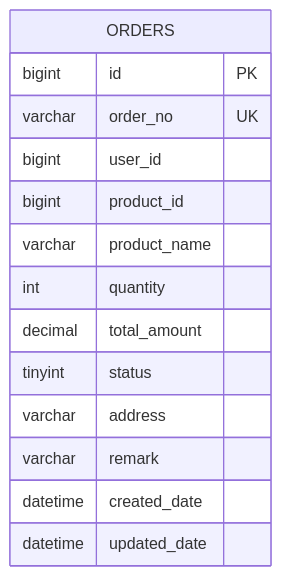
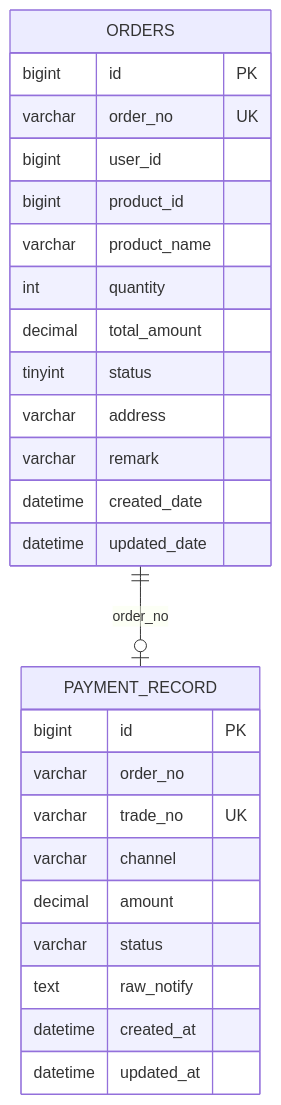
One commit to haohailiang/qoder-fullstack changed the seventh of 8 diagrams in .qoder/repowiki/zh/content/后端架构设计/订单服务.md. Above: the diagram before and after it, drawn with Mermaid. The commit also changed other lines of this file and 33 other files, not shown here.

````diff
--- a/.qoder/repowiki/zh/content/后端架构设计/订单服务.md
+++ b/.qoder/repowiki/zh/content/后端架构设计/订单服务.md
@@ -288,17 +364,29 @@
 ```mermaid
 erDiagram
 ORDERS {
 bigint id PK
 varchar order_no UK
 bigint user_id
 bigint product_id
 varchar product_name
 int quantity
 decimal total_amount
 tinyint status
 varchar address
 varchar remark
 datetime created_date
 datetime updated_date
 }
+PAYMENT_RECORD {
+bigint id PK
+varchar order_no
+varchar trade_no UK
+varchar channel
+ decimal amount
+varchar status
+text raw_notify
+datetime created_at
+datetime updated_at
+}
+ORDERS ||--o| PAYMENT_RECORD : "order_no"
 ```
````
